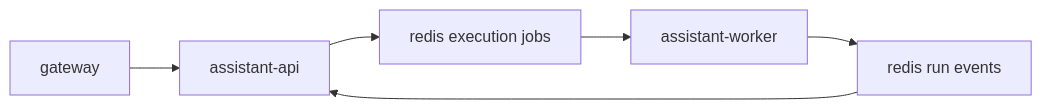
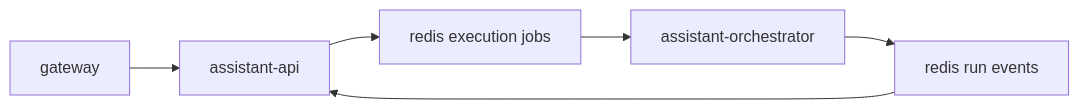
One commit to vinitu/my-concierge changed the diagram in docs/architecture/queue-flow.md. Above: the diagram before and after it, drawn with Mermaid. The commit also changed other lines of this file and 195 other files, not shown here.

First line of the commit message:
refactor: update application modules and remove assistant-worker

````diff
--- a/docs/architecture/queue-flow.md
+++ b/docs/architecture/queue-flow.md
@@ -22,8 +22,8 @@
 ```mermaid
 flowchart LR
     Gateway["gateway"] --> API["assistant-api"]
     API --> Jobs["redis execution jobs"]
-    Jobs --> Worker["assistant-worker"]
+    Jobs --> Worker["assistant-orchestrator"]
     Worker --> Events["redis run events"]
     Events --> API
 ```
````
